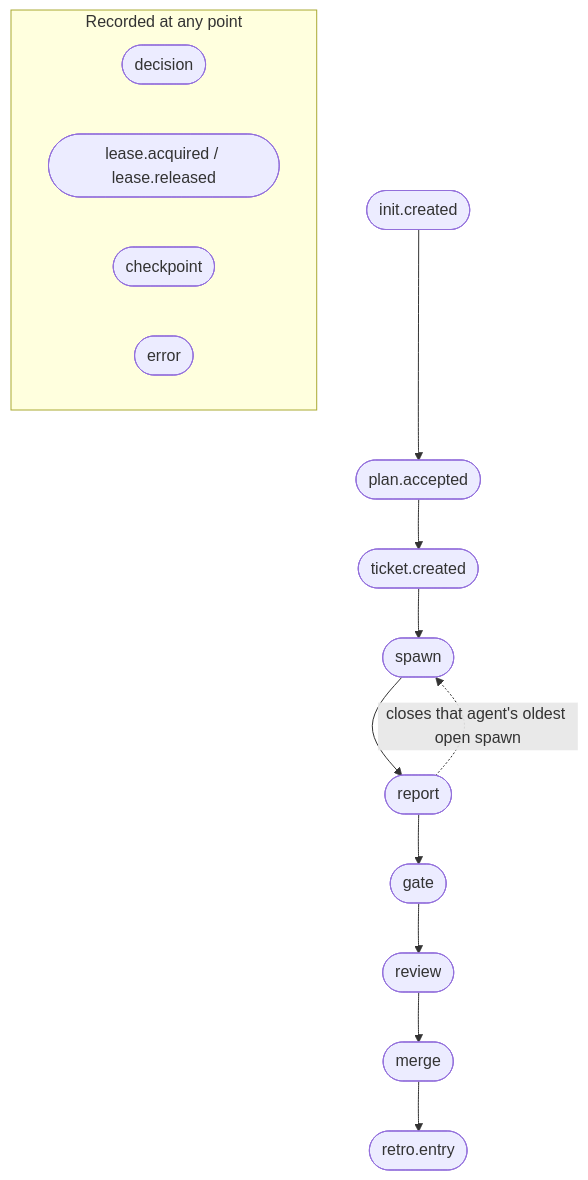
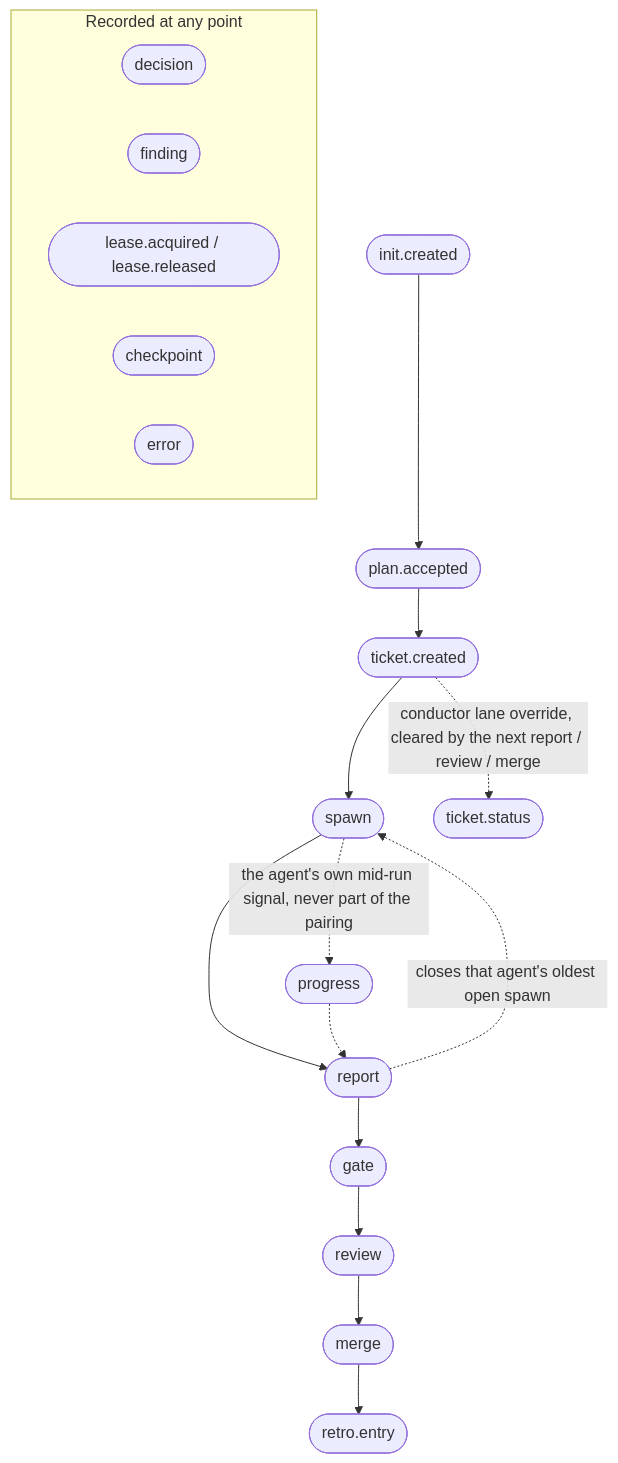
One commit to jjanczur/tyran changed the diagram in site/src/content/docs/journal.mdx. Above: the diagram before and after it, drawn with Mermaid. The commit also changed other lines of this file and 14 other files, not shown here.

````diff
--- a/site/src/content/docs/journal.mdx
+++ b/site/src/content/docs/journal.mdx
@@ -88,20 +88,25 @@
 ```mermaid
 flowchart TB
   A(["init.created"]) --> B(["plan.accepted"])
   B --> C(["ticket.created"])
   C --> D(["spawn"])
   D --> E(["report"])
   E -. "closes that agent's oldest open spawn" .-> D
   E --> F(["gate"])
   F --> G(["review"])
   G --> H(["merge"])
   H --> I(["retro.entry"])
 
+  C -. "conductor lane override, cleared by the next report / review / merge" .-> S(["ticket.status"])
+  D -. "the agent's own mid-run signal, never part of the pairing" .-> P(["progress"])
+  P -.-> E
+
   subgraph ANY["Recorded at any point"]
     direction LR
     J(["decision"])
+    N(["finding"])
     K(["lease.acquired / lease.released"])
     L(["checkpoint"])
     M(["error"])
   end
 ```
````
